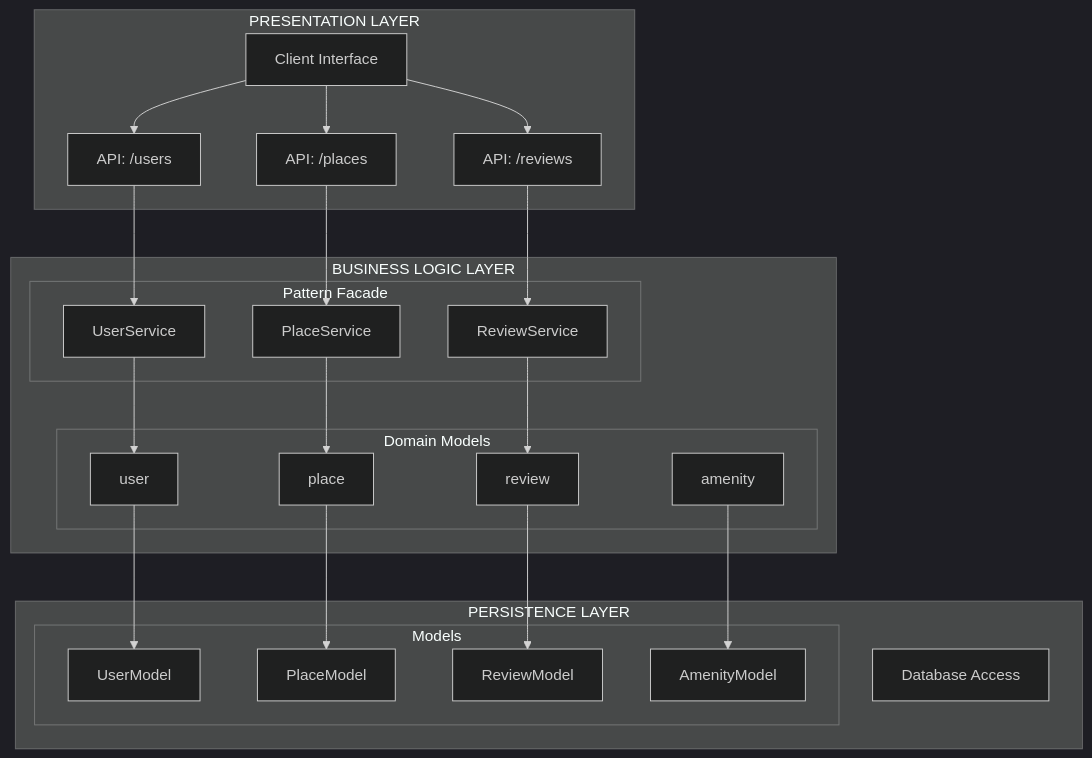
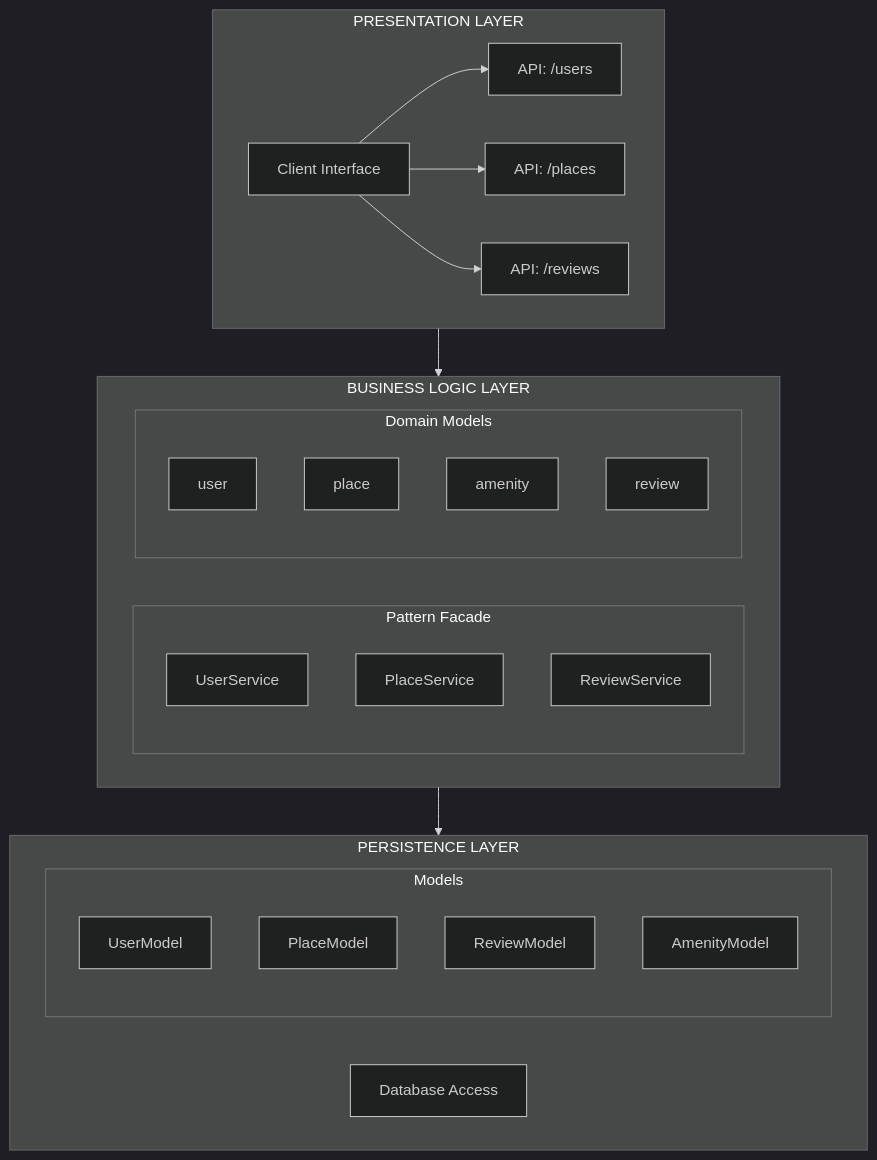
One commit to AnneCecile2935/holbertonschool-higher_level_programming changed the diagram in README.md. Above: the diagram before and after it, drawn with Mermaid (dark theme).

````diff
--- a/README.md
+++ b/README.md
@@ -1,52 +1,47 @@
 ```mermaid
 
 flowchart TD
 
+
+%% Presentation Layer
 subgraph Presentation_Layer [PRESENTATION LAYER]
     Interface[Client Interface]
     API_Users[API: /users]
     API_Places[API: /places]
     API_Reviews[API: /reviews]
 end
 
+%% Business Logic Layer
 subgraph Business_Logic_Layer [BUSINESS LOGIC LAYER]
     subgraph Facade [Pattern Facade]
         UserService[UserService]
         PlaceService[PlaceService]
         ReviewService[ReviewService]
     end
     subgraph DomainModels [Domain Models]
         UserDomain[user]
         PlaceDomain[place]
         AmenityDomain[amenity]
         ReviewDomain[review]
     end
 end
 
+%% Persistence Layer
 subgraph Persistence_Layer [PERSISTENCE LAYER]
     Database[Database Access]
     subgraph Models [Models]
         UserModel[UserModel]
         PlaceModel[PlaceModel]
         ReviewModel[ReviewModel]
         AmenityModel[AmenityModel]
     end
 end
 
+%% Relations
 Interface --> API_Users
 Interface --> API_Places
 Interface --> API_Reviews
 
-API_Users --> UserService
-API_Places --> PlaceService
-API_Reviews --> ReviewService
-
-UserService --> UserDomain
-PlaceService --> PlaceDomain
-ReviewService --> ReviewDomain
-
-UserDomain --> UserModel
-PlaceDomain --> PlaceModel
-ReviewDomain --> ReviewModel
-AmenityDomain --> AmenityModel
+Presentation_Layer --> Business_Logic_Layer
+Business_Logic_Layer --> Persistence_Layer
 ```
````
